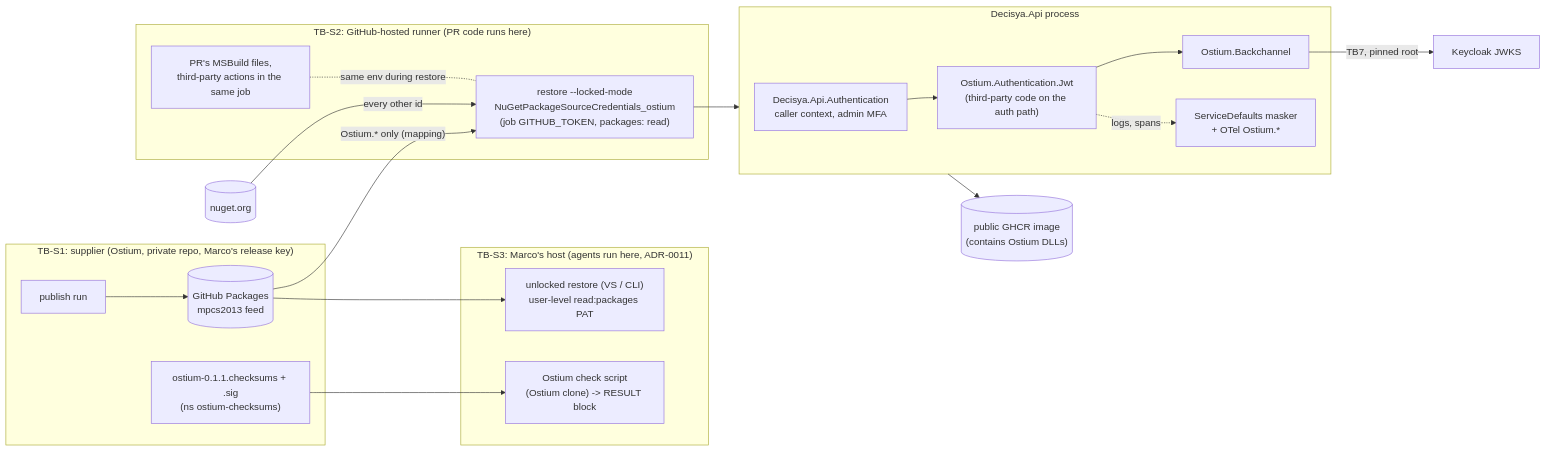
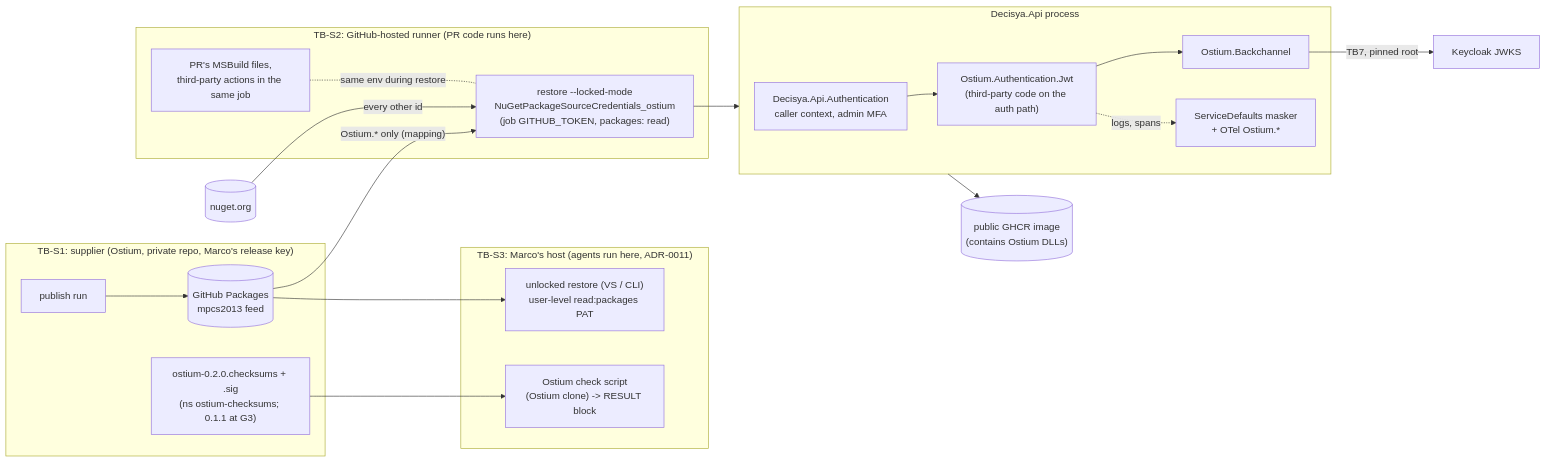
One commit to mpcs2013/decisya changed the diagram in docs/security/threat-models/ostium-jwt-switch.md. Above: the diagram before and after it, drawn with Mermaid. The commit also changed other lines of this file and 22 other files, not shown here.

````diff
--- a/docs/security/threat-models/ostium-jwt-switch.md
+++ b/docs/security/threat-models/ostium-jwt-switch.md
@@ -68,33 +69,33 @@
 ```mermaid
 flowchart LR
   subgraph SUP["TB-S1: supplier (Ostium, private repo, Marco's release key)"]
     pub["publish run"] --> feed[("GitHub Packages<br/>mpcs2013 feed")]
-    sums["ostium-0.1.1.checksums + .sig<br/>(ns ostium-checksums)"]
+    sums["ostium-0.2.0.checksums + .sig<br/>(ns ostium-checksums; 0.1.1 at G3)"]
   end
   nug[("nuget.org")]
   subgraph CI["TB-S2: GitHub-hosted runner (PR code runs here)"]
     rs["restore --locked-mode<br/>NuGetPackageSourceCredentials_ostium<br/>(job GITHUB_TOKEN, packages: read)"]
     msb["PR's MSBuild files,<br/>third-party actions in the same job"]
   end
   subgraph WS["TB-S3: Marco's host (agents run here, ADR-0011)"]
     wsr["unlocked restore (VS / CLI)<br/>user-level read:packages PAT"]
     chk["Ostium check script<br/>(Ostium clone) -> RESULT block"]
   end
   subgraph API["Decisya.Api process"]
     dec["Decisya.Api.Authentication<br/>caller context, admin MFA"]
     oj["Ostium.Authentication.Jwt<br/>(third-party code on the auth path)"]
     ob["Ostium.Backchannel"]
     sd["ServiceDefaults masker<br/>+ OTel Ostium.*"]
   end
   kc["Keycloak JWKS"]
   img[("public GHCR image<br/>(contains Ostium DLLs)")]
   feed -- "Ostium.* only (mapping)" --> rs
   nug -- "every other id" --> rs
   feed --> wsr
   msb -. "same env during restore" .- rs
   sums --> chk
   rs --> API
   dec --> oj --> ob -- "TB7, pinned root" --> kc
   oj -. logs, spans .-> sd
   API --> img
 ```
````
